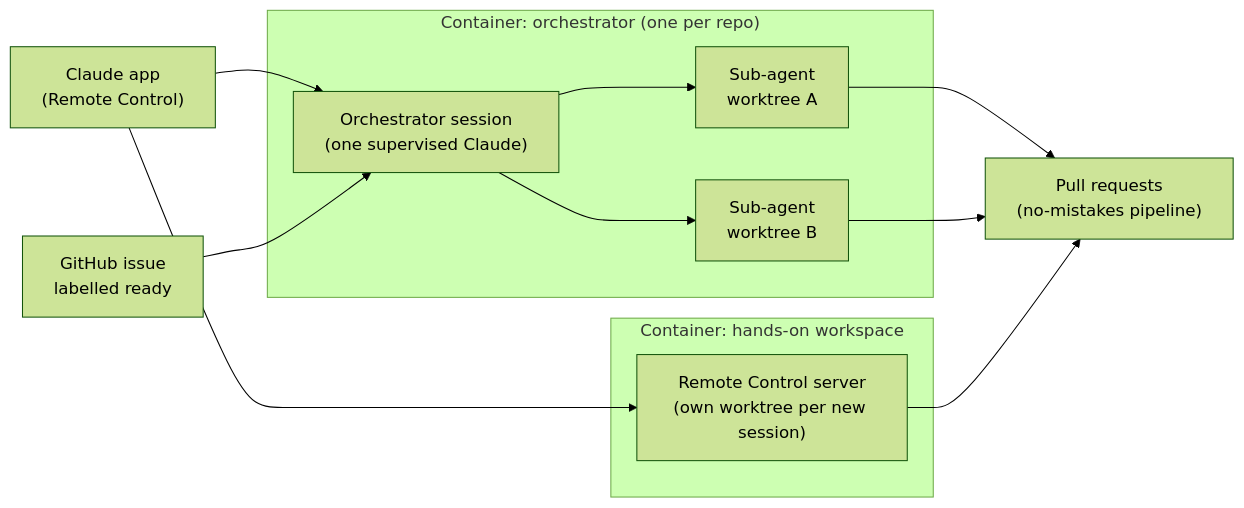
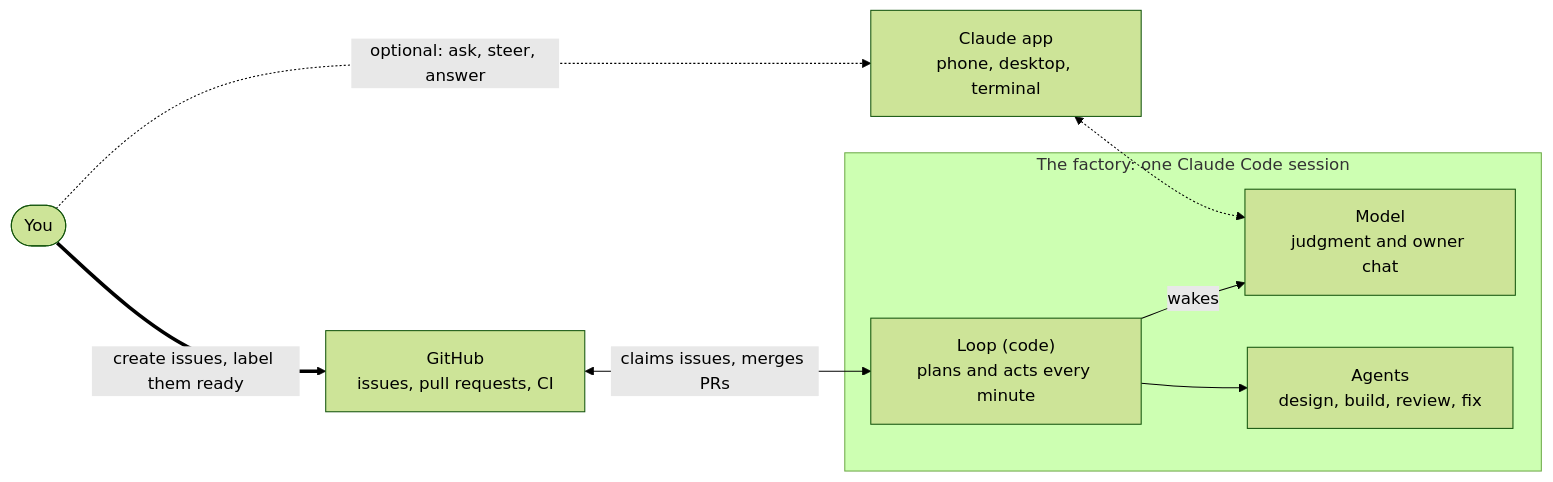
Before and after one commit to cbundy/dev-system: the diagram in README.md, drawn with Mermaid (forest theme). The commit also changed other lines of this file and 2 other files, not shown here.

First line of the commit message:
Rewrite the README as a landing page for the factory loop

````diff
--- a/README.md
+++ b/README.md
@@ -38,17 +40,17 @@
 ```mermaid
 flowchart LR
-  app["Claude app<br/>(Remote Control)"] --> orch
-  gh["GitHub issue<br/>labelled ready"] --> orch
-  subgraph c1["Container: orchestrator (one per repo)"]
-    orch["Orchestrator session<br/>(one supervised Claude)"]
-    orch --> w1["Sub-agent<br/>worktree A"]
-    orch --> w2["Sub-agent<br/>worktree B"]
+  you(["You"])
+  gh["GitHub<br/>issues, pull requests, CI"]
+  app["Claude app<br/>phone, desktop, terminal"]
+  you ==>|"create issues, label them ready"| gh
+  you -.->|"optional: ask, steer, answer"| app
+  subgraph factory["The factory: one Claude Code session"]
+    loop["Loop (code)<br/>plans and acts every minute"]
+    model["Model<br/>judgment and owner chat"]
+    agents["Agents<br/>design, build, review, fix"]
+    loop -->|wakes| model
+    loop --> agents
   end
-  subgraph c2["Container: hands-on workspace"]
-    ws["Remote Control server<br/>(own worktree per new session)"]
-  end
-  app --> ws
-  w1 --> pr["Pull requests<br/>(no-mistakes pipeline)"]
-  w2 --> pr
-  ws --> pr
+  gh <-->|"claims issues, merges PRs"| loop
+  app <-.-> model
 ```
````
